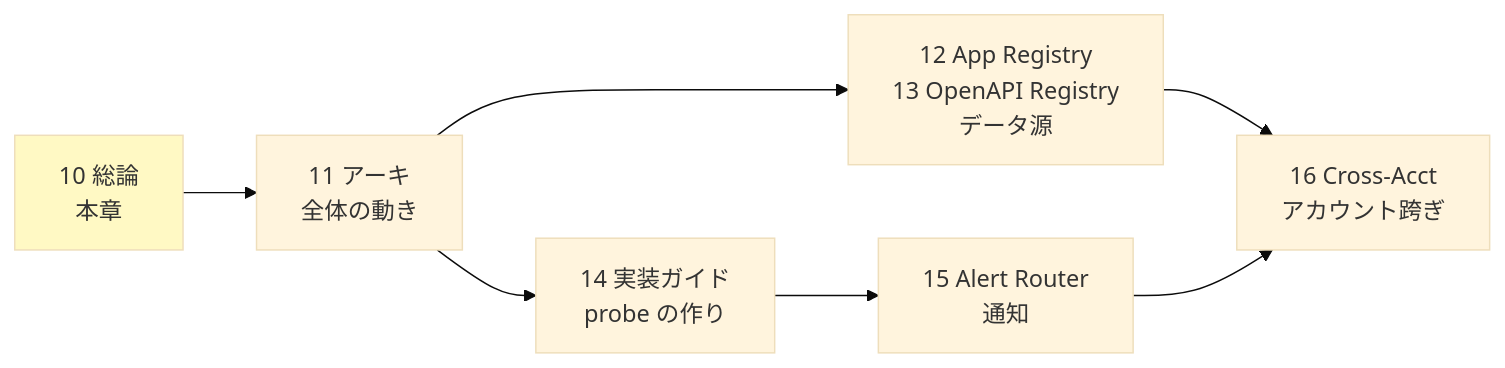
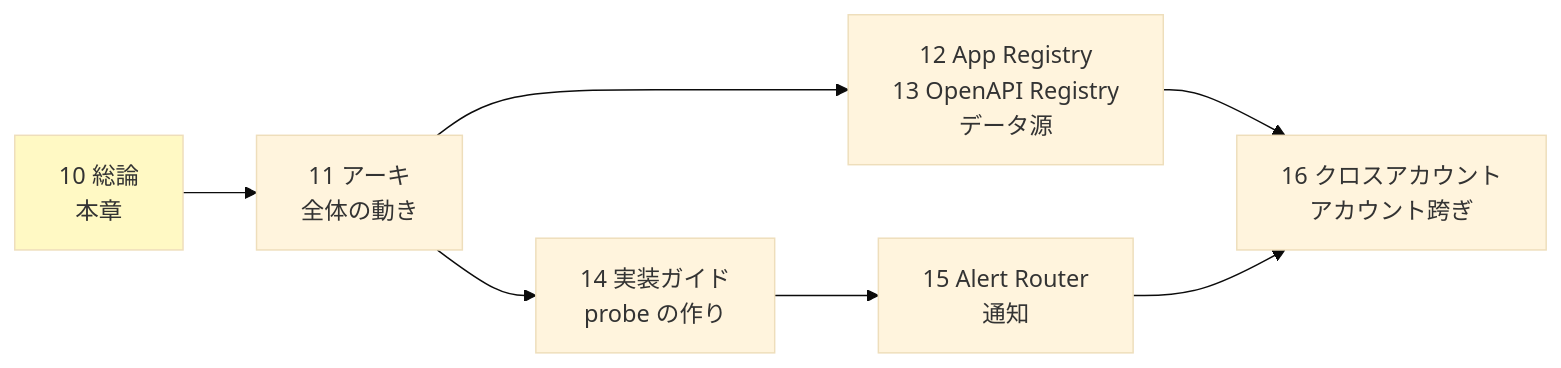
The fourth of 4 diagrams in doc/api-platform/basic-design/10-external-monitoring-overview.md (suepie/aws-atuh-poc), drawn with Mermaid (base theme) before and after one commit. The commit also changed other lines of this file and 29 other files, not shown here.

````diff
--- a/doc/api-platform/basic-design/10-external-monitoring-overview.md
+++ b/doc/api-platform/basic-design/10-external-monitoring-overview.md
@@ -195,10 +236,10 @@
 ```mermaid
 flowchart LR
     O[10 総論<br/>本章] --> A[11 アーキ<br/>全体の動き]
     A --> R[12 App Registry<br/>13 OpenAPI Registry<br/>データ源]
     A --> I[14 実装ガイド<br/>probe の作り]
     I --> AL[15 Alert Router<br/>通知]
-    R --> X[16 Cross-Acct<br/>アカウント跨ぎ]
+    R --> X[16 クロスアカウント<br/>アカウント跨ぎ]
     AL --> X
     style O fill:#fff9c4
 ```
````
